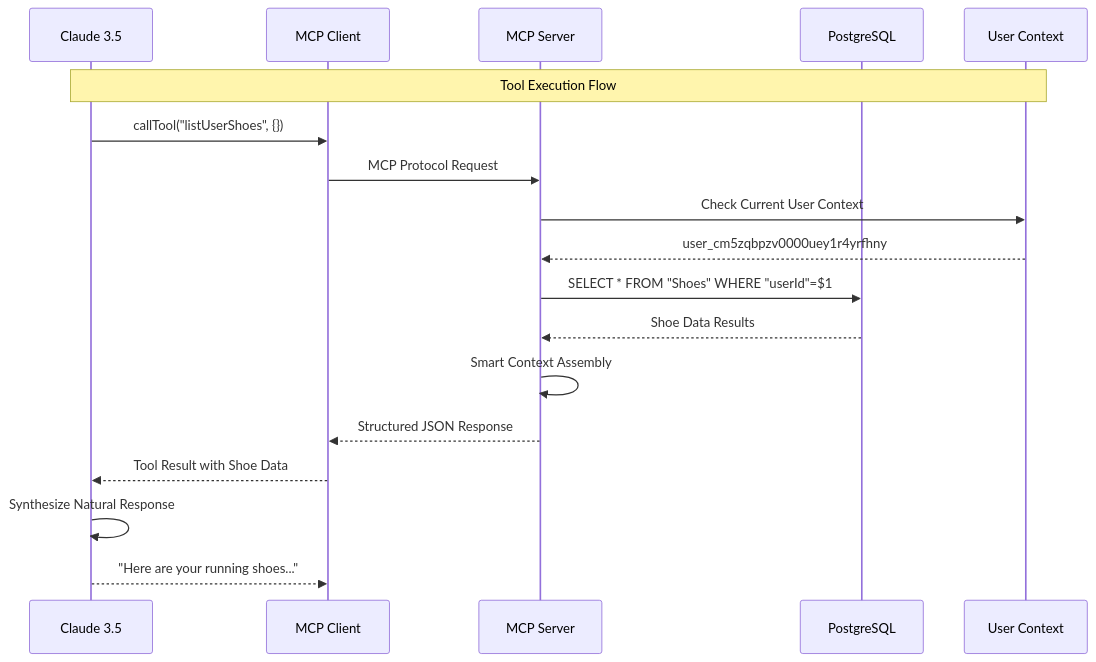
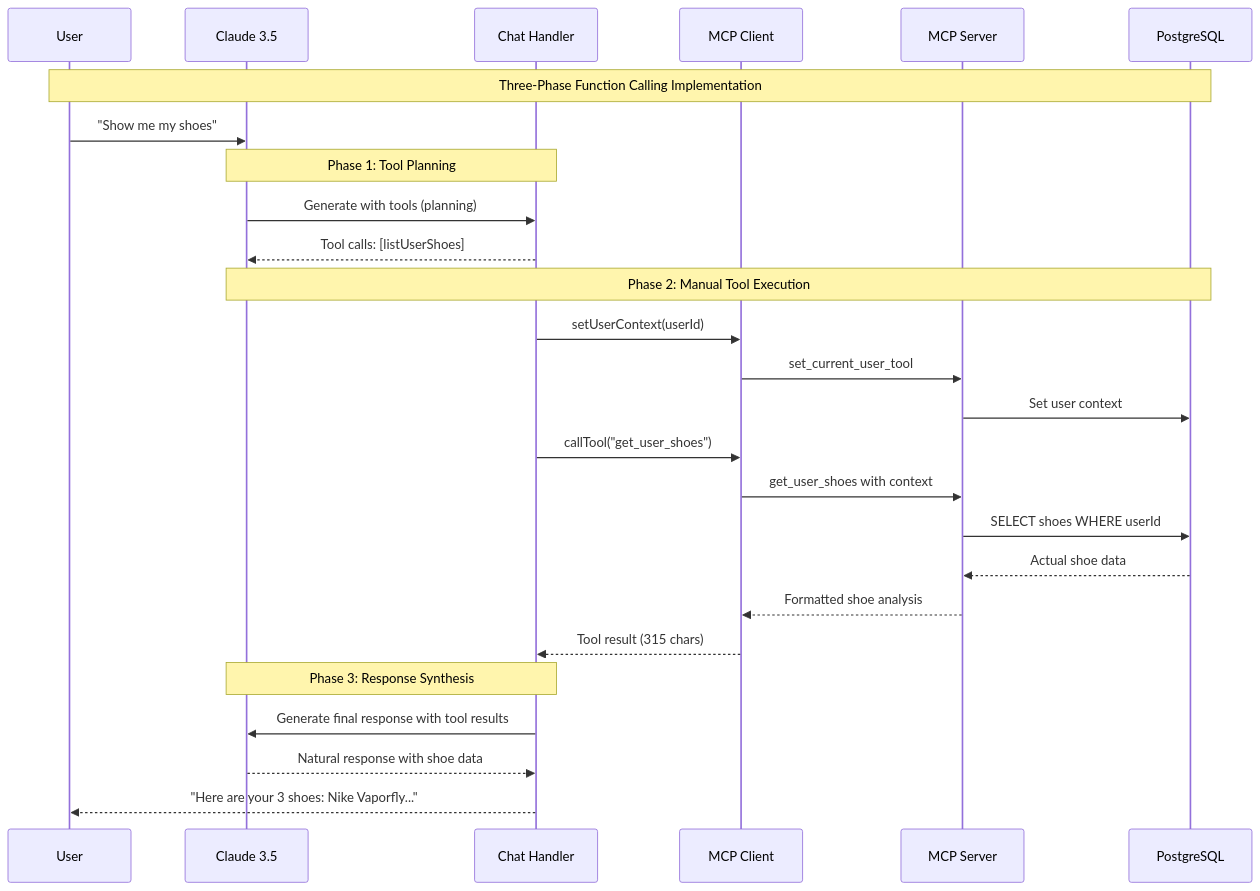
One commit to maratron-ai/maratron-monorepo changed the third of 3 diagrams in docs/MCP_LLM_INTEGRATION.md. Above: the diagram before and after it, drawn with Mermaid. The commit also changed other lines of this file and 2 other files, not shown here.

Commit message:
update MCP (works with AI now), adding docs

````diff
--- a/docs/MCP_LLM_INTEGRATION.md
+++ b/docs/MCP_LLM_INTEGRATION.md
@@ -115,22 +120,34 @@
 ```mermaid
 sequenceDiagram
+    participant U as User
     participant C as Claude 3.5
+    participant CH as Chat Handler
     participant MC as MCP Client
     participant MS as MCP Server
     participant DB as PostgreSQL
-    participant UC as User Context
     
-    Note over C,UC: Tool Execution Flow
+    Note over U,DB: Three-Phase Function Calling Implementation
     
-    C->>MC: callTool("listUserShoes", {})
-    MC->>MS: MCP Protocol Request
-    MS->>UC: Check Current User Context
-    UC-->>MS: user_cm5zqbpzv0000uey1r4yrfhny
-    MS->>DB: SELECT * FROM "Shoes" WHERE "userId"=$1
-    DB-->>MS: Shoe Data Results
-    MS->>MS: Smart Context Assembly
-    MS-->>MC: Structured JSON Response
-    MC-->>C: Tool Result with Shoe Data
-    C->>C: Synthesize Natural Response
-    C-->>MC: "Here are your running shoes..."
+    U->>C: "Show me my shoes"
+    
+    Note over C,CH: Phase 1: Tool Planning
+    C->>CH: Generate with tools (planning)
+    CH-->>C: Tool calls: [listUserShoes]
+    
+    Note over C,DB: Phase 2: Manual Tool Execution
+    CH->>MC: setUserContext(userId)
+    MC->>MS: set_current_user_tool
+    MS->>DB: Set user context
+    
+    CH->>MC: callTool("get_user_shoes")
+    MC->>MS: get_user_shoes with context
+    MS->>DB: SELECT shoes WHERE userId
+    DB-->>MS: Actual shoe data
+    MS-->>MC: Formatted shoe analysis
+    MC-->>CH: Tool result (315 chars)
+    
+    Note over C,CH: Phase 3: Response Synthesis
+    CH->>C: Generate final response with tool results
+    C-->>CH: Natural response with shoe data
+    CH-->>U: "Here are your 3 shoes: Nike Vaporfly..."
 ```
````
